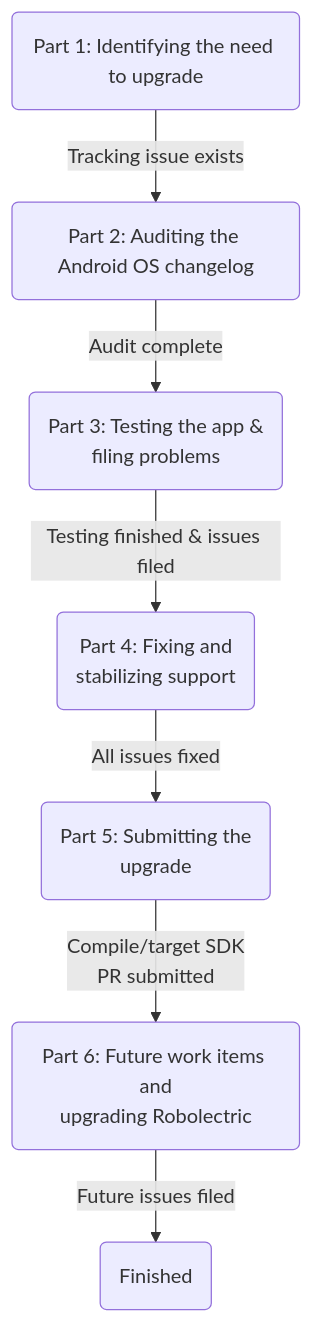
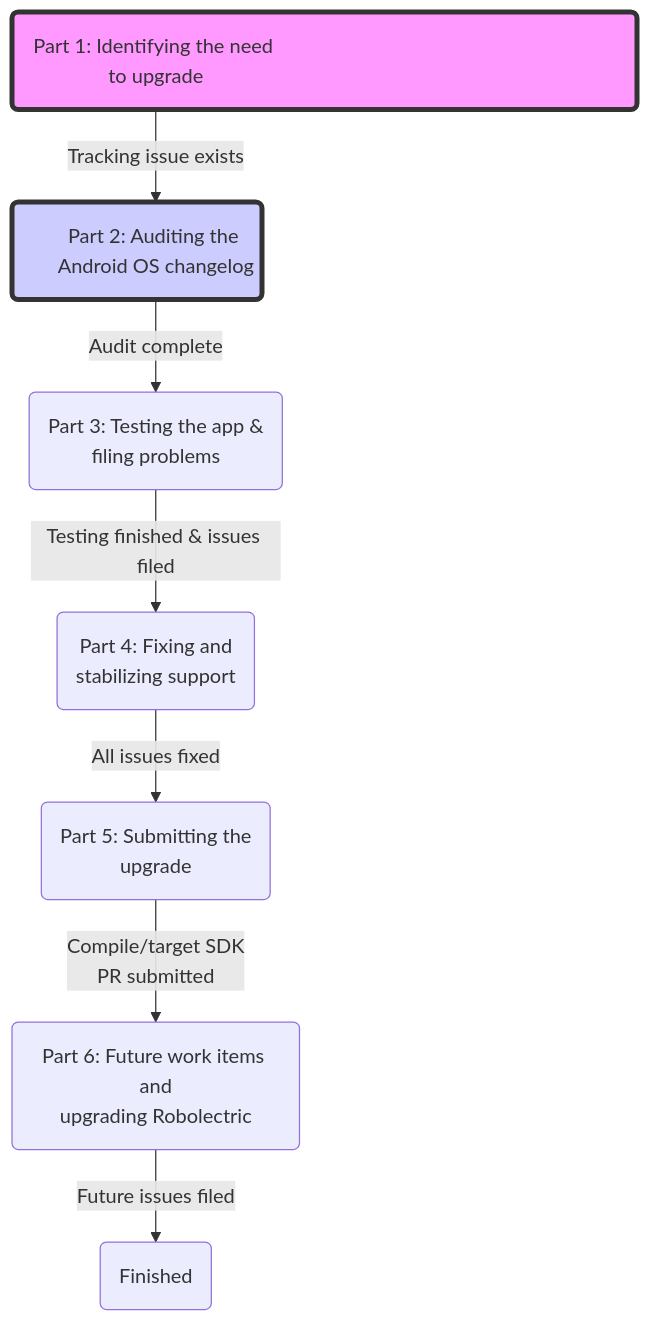
Before and after one commit to Rd4dev/Oppia-Android-Fork-from-Fork: the diagram in wiki/up.md, drawn with Mermaid.

````diff
--- a/wiki/up.md
+++ b/wiki/up.md
@@ -11,10 +11,14 @@
 ```mermaid
 flowchart TD
     A(Part 1: Identifying the need to upgrade) -->|Tracking issue exists| B
     B(Part 2: Auditing the Android OS changelog) -->|Audit complete| C
     C(Part 3: Testing the app &<br>filing problems) -->|Testing finished & issues filed| D
     D(Part 4: Fixing and<br>stabilizing support) -->|All issues fixed| E
     E(Part 5: Submitting the<br>upgrade) -->|Compile/target SDK<br>PR submitted| F
     F(Part 6: Future work items and<br>upgrading Robolectric) -->|Future issues filed| G
     G(Finished)
+    
+    style A fill:#f9f,stroke:#333,stroke-width:4px, width:500px;
+    style B fill:#ccf,stroke:#333,stroke-width:4px, width:200px;
+
 ```
````
